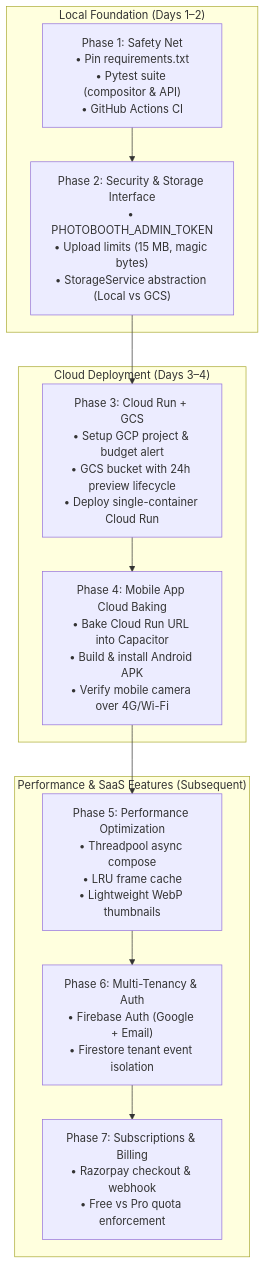
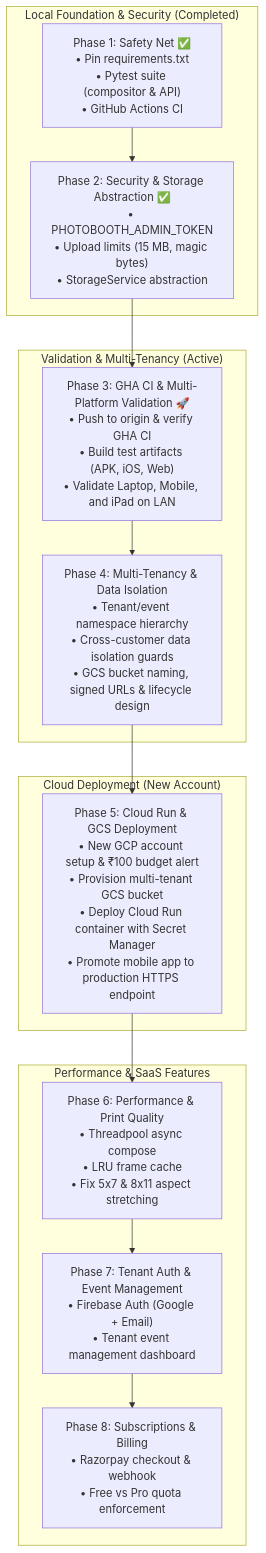
The diagram in NEXT_STEPS.md (paddyind/photo-booth), drawn with Mermaid before and after one commit. The commit also changed other lines of this file and 1 other file, not shown here.

Commit message:
docs: restructure roadmap for multi-platform validation, GHA CI, and multi-tenancy before cloud

````diff
--- a/NEXT_STEPS.md
+++ b/NEXT_STEPS.md
@@ -53,20 +53,24 @@
 ```mermaid
 flowchart TD
-    subgraph Foundation ["Local Foundation (Days 1–2)"]
-        P1["Phase 1: Safety Net<br/>• Pin requirements.txt<br/>• Pytest suite (compositor & API)<br/>• GitHub Actions CI"]
-        P2["Phase 2: Security & Storage Interface<br/>• PHOTOBOOTH_ADMIN_TOKEN<br/>• Upload limits (15 MB, magic bytes)<br/>• StorageService abstraction (Local vs GCS)"]
+    subgraph Foundation ["Local Foundation & Security (Completed)"]
+        P1["Phase 1: Safety Net ✅<br/>• Pin requirements.txt<br/>• Pytest suite (compositor & API)<br/>• GitHub Actions CI"]
+        P2["Phase 2: Security & Storage Abstraction ✅<br/>• PHOTOBOOTH_ADMIN_TOKEN<br/>• Upload limits (15 MB, magic bytes)<br/>• StorageService abstraction"]
     end
 
-    subgraph CloudReady ["Cloud Deployment (Days 3–4)"]
-        P3["Phase 3: Cloud Run + GCS<br/>• Setup GCP project & budget alert<br/>• GCS bucket with 24h preview lifecycle<br/>• Deploy single-container Cloud Run"]
-        P4["Phase 4: Mobile App Cloud Baking<br/>• Bake Cloud Run URL into Capacitor<br/>• Build & install Android APK<br/>• Verify mobile camera over 4G/Wi-Fi"]
+    subgraph Validation ["Validation & Multi-Tenancy (Active)"]
+        P3["Phase 3: GHA CI & Multi-Platform Validation 🚀<br/>• Push to origin & verify GHA CI<br/>• Build test artifacts (APK, iOS, Web)<br/>• Validate Laptop, Mobile, and iPad on LAN"]
+        P4["Phase 4: Multi-Tenancy & Data Isolation<br/>• Tenant/event namespace hierarchy<br/>• Cross-customer data isolation guards<br/>• GCS bucket naming, signed URLs & lifecycle design"]
     end
 
-    subgraph Polish ["Performance & SaaS Features (Subsequent)"]
-        P5["Phase 5: Performance Optimization<br/>• Threadpool async compose<br/>• LRU frame cache<br/>• Lightweight WebP thumbnails"]
-        P6["Phase 6: Multi-Tenancy & Auth<br/>• Firebase Auth (Google + Email)<br/>• Firestore tenant event isolation"]
-        P7["Phase 7: Subscriptions & Billing<br/>• Razorpay checkout & webhook<br/>• Free vs Pro quota enforcement"]
+    subgraph CloudReady ["Cloud Deployment (New Account)"]
+        P5["Phase 5: Cloud Run & GCS Deployment<br/>• New GCP account setup & ₹100 budget alert<br/>• Provision multi-tenant GCS bucket<br/>• Deploy Cloud Run container with Secret Manager<br/>• Promote mobile app to production HTTPS endpoint"]
     end
 
-    P1 --> P2 --> P3 --> P4 --> P5 --> P6 --> P7
+    subgraph Polish ["Performance & SaaS Features"]
+        P6["Phase 6: Performance & Print Quality<br/>• Threadpool async compose<br/>• LRU frame cache<br/>• Fix 5x7 & 8x11 aspect stretching"]
+        P7["Phase 7: Tenant Auth & Event Management<br/>• Firebase Auth (Google + Email)<br/>• Tenant event management dashboard"]
+        P8["Phase 8: Subscriptions & Billing<br/>• Razorpay checkout & webhook<br/>• Free vs Pro quota enforcement"]
+    end
+
+    P1 --> P2 --> P3 --> P4 --> P5 --> P6 --> P7 --> P8
 ```
````
